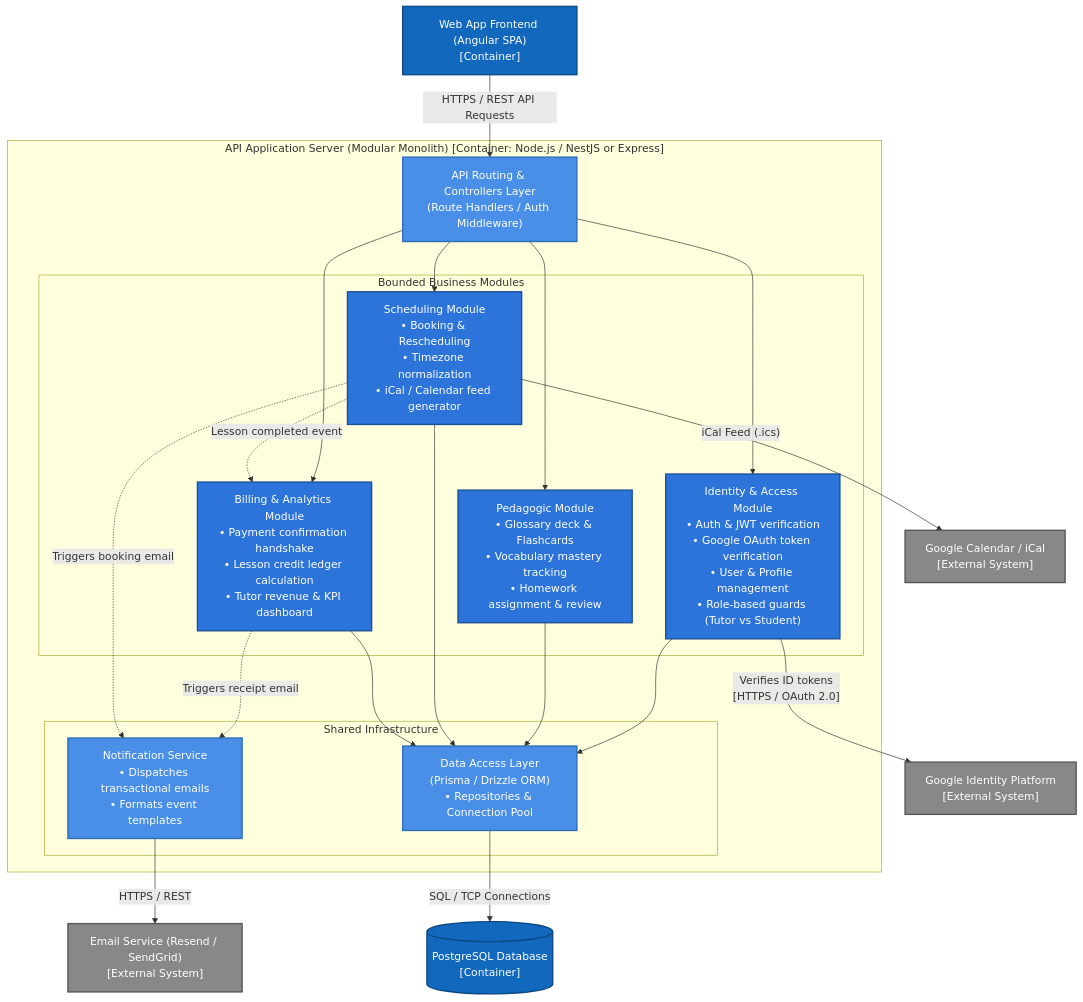
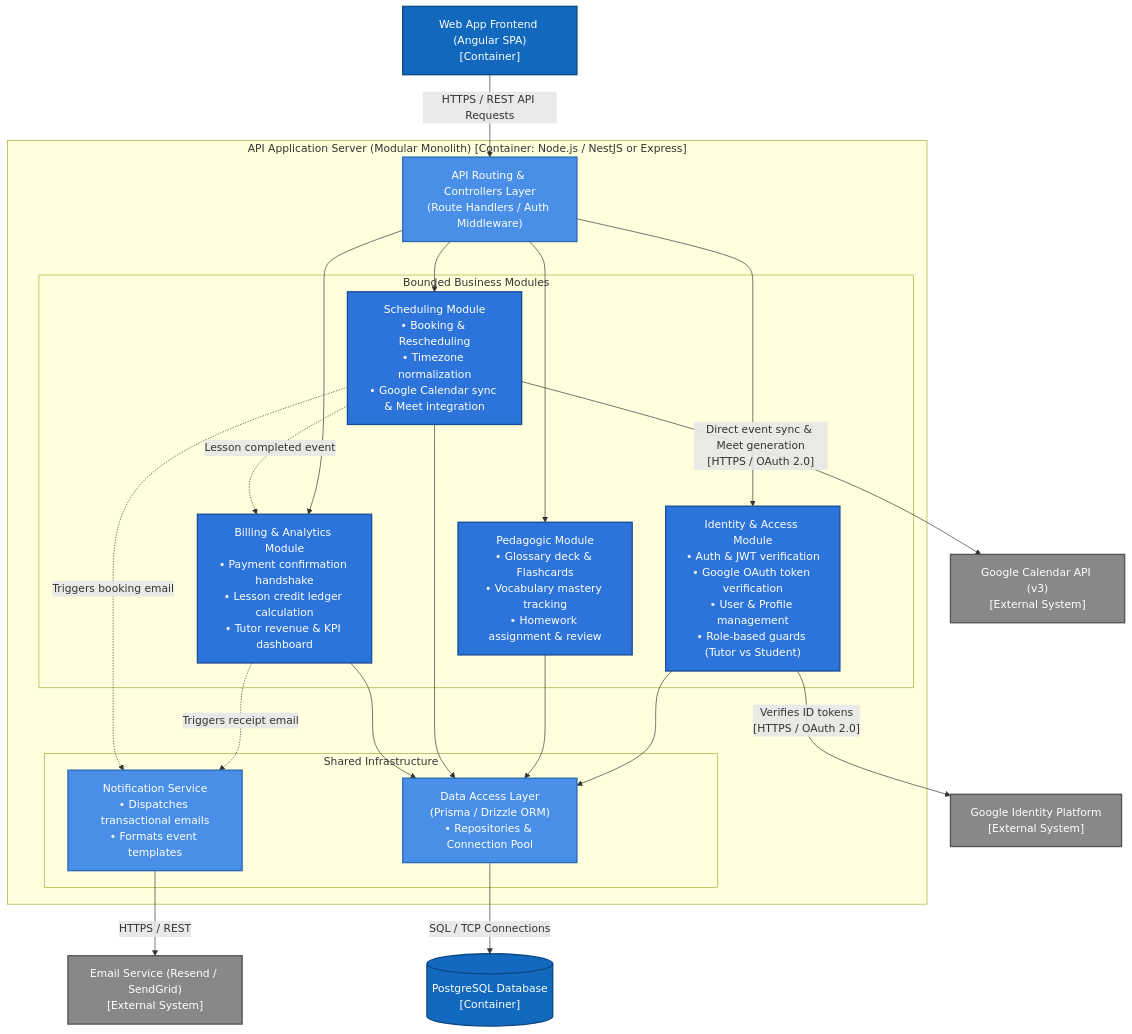
The diagram in docs/diagrams/03-c4-level3-components.mmd (DmytroCherednichenko/idiomar-crm), drawn with Mermaid before and after one commit. The commit also changed 6 other files, not shown here.

Commit message:
Add Google Calendar dependency to docs

```diff
--- a/docs/diagrams/03-c4-level3-components.mmd
+++ b/docs/diagrams/03-c4-level3-components.mmd
@@ -1,61 +1,61 @@
 flowchart TD
     classDef client fill:#1168bd,stroke:#0b4884,color:#ffffff,stroke-width:2px;
     classDef module fill:#2d74da,stroke:#1a4d99,color:#ffffff,stroke-width:2px;
     classDef shared fill:#4a8fe7,stroke:#2b6bb8,color:#ffffff,stroke-width:2px;
     classDef db fill:#1168bd,stroke:#0b4884,color:#ffffff,stroke-width:2px;
     classDef external fill:#888888,stroke:#555555,color:#ffffff,stroke-width:2px;
     classDef boundary fill:#f8f9fa,stroke:#707070,stroke-width:2px,stroke-dasharray: 5 5;
 
     Client["Web App Frontend (Angular SPA)\n[Container]"]:::client
 
     subgraph ModularMonolith["API Application Server (Modular Monolith) [Container: Node.js / NestJS or Express]"]
         
         ApiGateway["API Routing & Controllers Layer\n(Route Handlers / Auth Middleware)"]:::shared
         
         subgraph CoreModules["Bounded Business Modules"]
             AuthMod["Identity & Access Module\n• Auth & JWT verification\n• Google OAuth token verification\n• User & Profile management\n• Role-based guards (Tutor vs Student)"]:::module
             
             PedagogicMod["Pedagogic Module\n• Glossary deck & Flashcards\n• Vocabulary mastery tracking\n• Homework assignment & review"]:::module
             
-            SchedulingMod["Scheduling Module\n• Booking & Rescheduling\n• Timezone normalization\n• iCal / Calendar feed generator"]:::module
+            SchedulingMod["Scheduling Module\n• Booking & Rescheduling\n• Timezone normalization\n• Google Calendar sync & Meet integration"]:::module
             
             BillingMod["Billing & Analytics Module\n• Payment confirmation handshake\n• Lesson credit ledger calculation\n• Tutor revenue & KPI dashboard"]:::module
         end
 
         subgraph SharedInfrastructure["Shared Infrastructure"]
             NotificationMod["Notification Service\n• Dispatches transactional emails\n• Formats event templates"]:::shared
             DataAccess["Data Access Layer\n(Prisma / Drizzle ORM)\n• Repositories & Connection Pool"]:::shared
         end
     end
 
     Database[("PostgreSQL Database\n[Container]")]:::db
     EmailService["Email Service (Resend / SendGrid)\n[External System]"]:::external
-    CalendarApp["Google Calendar / iCal\n[External System]"]:::external
+    GoogleCalendar["Google Calendar API (v3)\n[External System]"]:::external
     GoogleAuth["Google Identity Platform\n[External System]"]:::external
 
     %% Inbound requests
     Client -->|"HTTPS / REST API Requests"| ApiGateway
 
     %% Gateway to Modules
     ApiGateway --> AuthMod
     ApiGateway --> PedagogicMod
     ApiGateway --> SchedulingMod
     ApiGateway --> BillingMod
 
     %% Cross-module domain events / interactions
     SchedulingMod -.->|"Lesson completed event"| BillingMod
     BillingMod -.->|"Triggers receipt email"| NotificationMod
     SchedulingMod -.->|"Triggers booking email"| NotificationMod
 
     %% Data layer connections
     AuthMod --> DataAccess
     PedagogicMod --> DataAccess
     SchedulingMod --> DataAccess
     BillingMod --> DataAccess
 
     DataAccess -->|"SQL / TCP Connections"| Database
 
     %% External outputs
     NotificationMod -->|"HTTPS / REST"| EmailService
-    SchedulingMod -->|"iCal Feed (.ics)"| CalendarApp
+    SchedulingMod -->|"Direct event sync & Meet generation\n[HTTPS / OAuth 2.0]"| GoogleCalendar
     AuthMod -->|"Verifies ID tokens\n[HTTPS / OAuth 2.0]"| GoogleAuth
```
